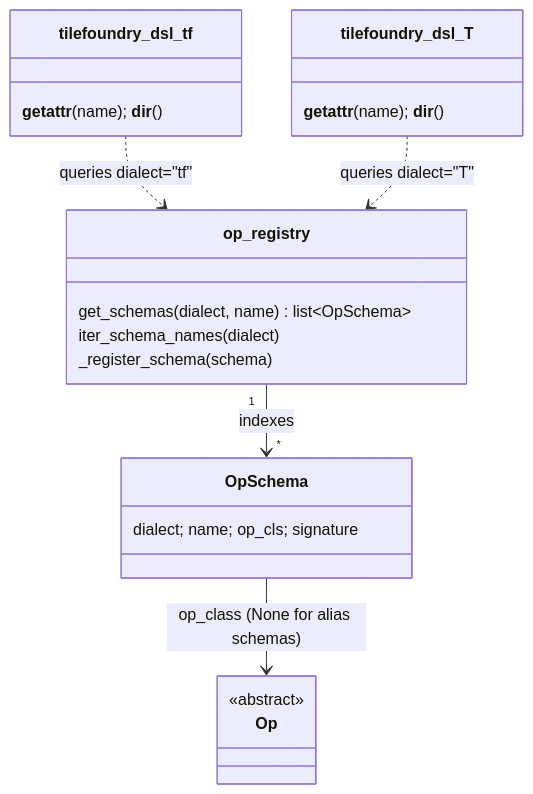
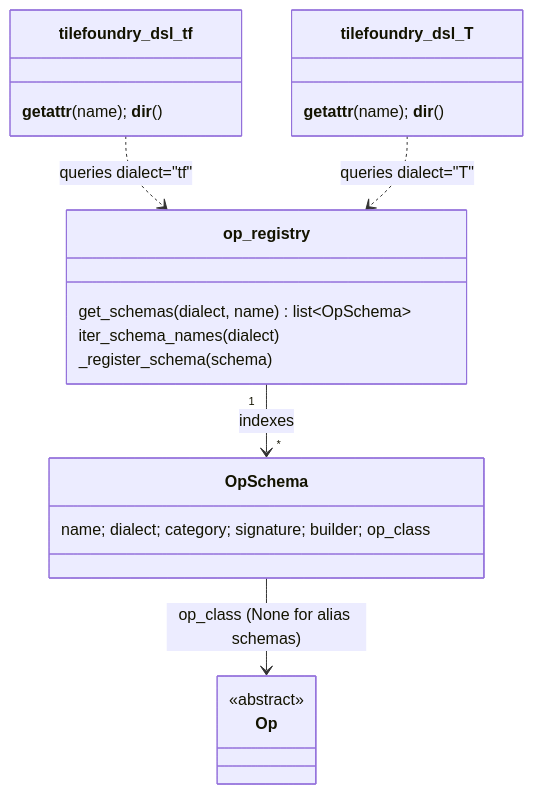
The first of 2 diagrams in docs/spec/parser.md (UranusSeven/TileFoundry), drawn with Mermaid before and after one commit. The commit also changed other lines of this file and 20 other files, not shown here.

````diff
--- a/docs/spec/parser.md
+++ b/docs/spec/parser.md
@@ -481,17 +497,17 @@
 ```mermaid
 classDiagram
     class op_registry {
         get_schemas(dialect, name) list~OpSchema~
         iter_schema_names(dialect)
         _register_schema(schema)
     }
-    class OpSchema { dialect; name; op_cls; signature }
+    class OpSchema { name; dialect; category; signature; builder; op_class }
     class tilefoundry_dsl_tf { __getattr__(name); __dir__() }
     class tilefoundry_dsl_T  { __getattr__(name); __dir__() }
     class Op { <<abstract>> }
 
     op_registry "1" --> "*" OpSchema : indexes
     tilefoundry_dsl_tf ..> op_registry : queries dialect="tf"
     tilefoundry_dsl_T  ..> op_registry : queries dialect="T"
     OpSchema --> Op : op_class (None for alias schemas)
 ```
````
